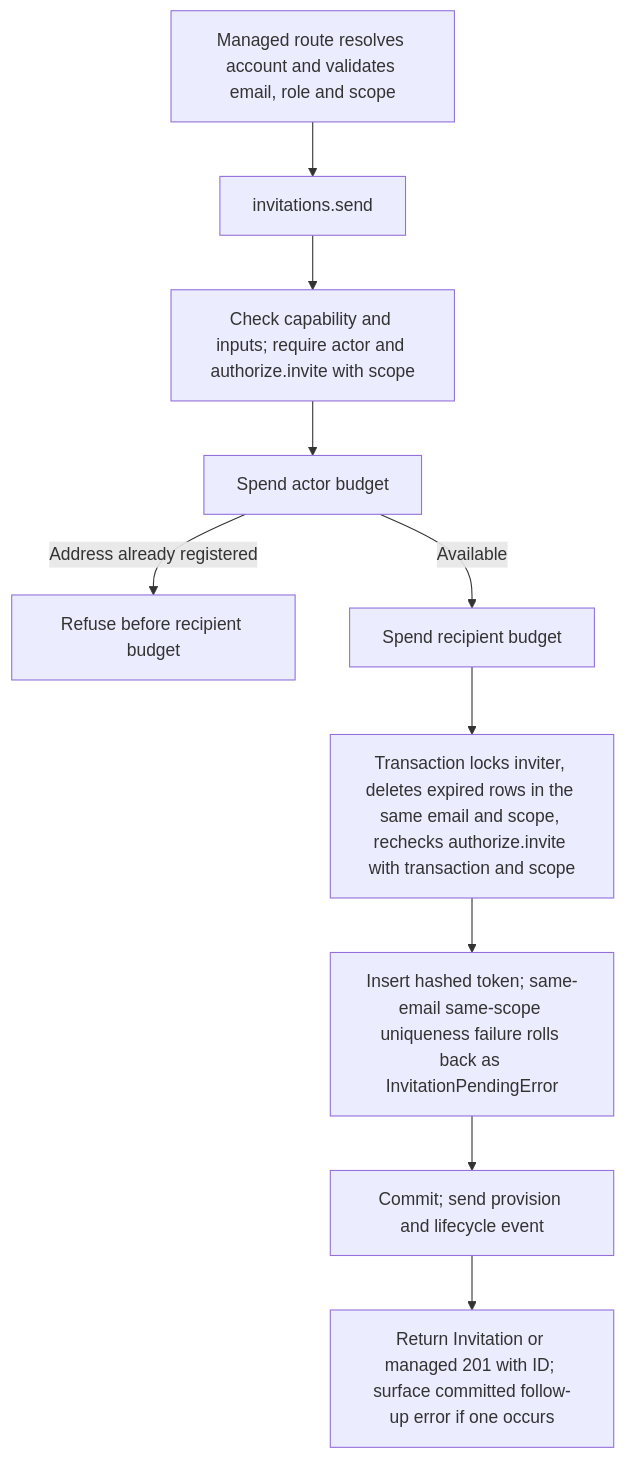
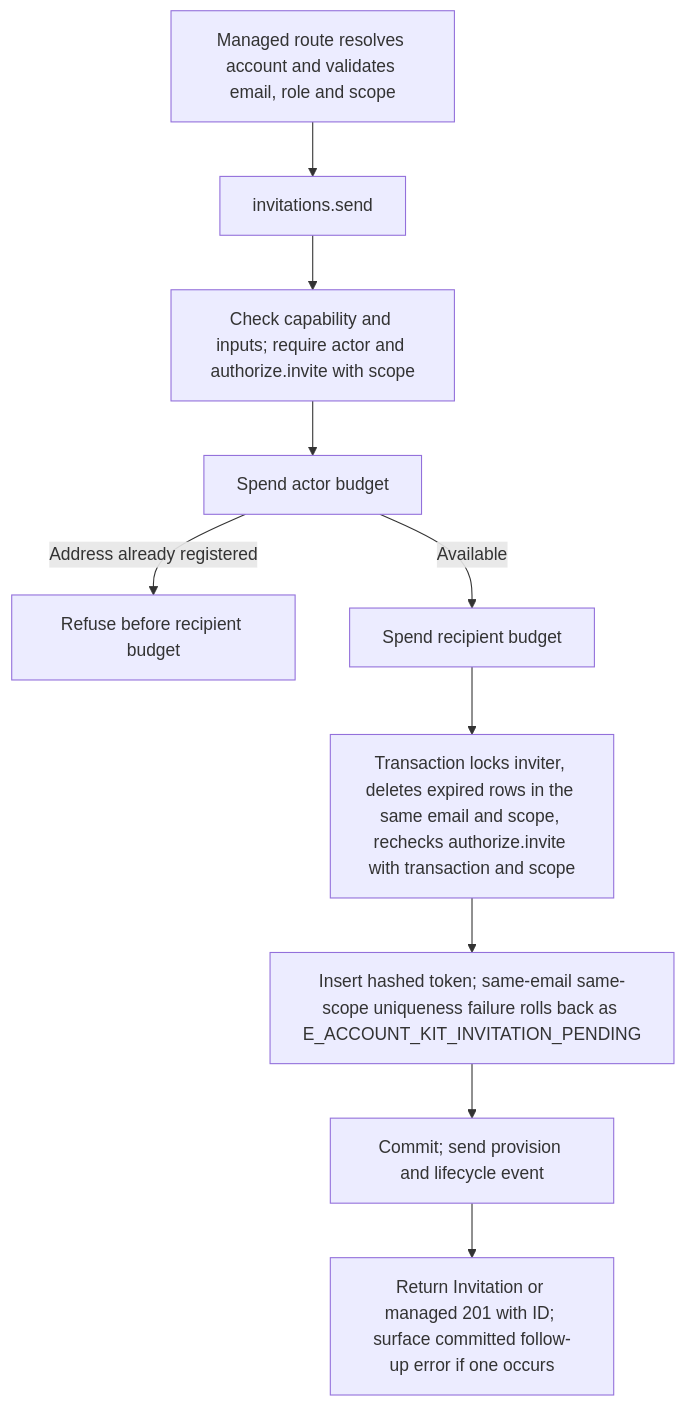
Before and after one commit to Kevinjohn/oss-adonisjs-account-kit: the second of 2 diagrams in user-stories/US-ACCOUNT-08-send-invitation.md, drawn with Mermaid. The commit also changed other lines of this file and 362 other files, not shown here.

````diff
--- a/user-stories/US-ACCOUNT-08-send-invitation.md
+++ b/user-stories/US-ACCOUNT-08-send-invitation.md
@@ -34,12 +34,12 @@
 ```mermaid
 flowchart TD
   M["Managed route resolves account and validates email, role and scope"] --> A["invitations.send"]
   A --> B["Check capability and inputs; require actor and authorize.invite with scope"]
   B --> C["Spend actor budget"]
   C -->|Address already registered| R["Refuse before recipient budget"]
   C -->|Available| D["Spend recipient budget"]
   D --> E["Transaction locks inviter, deletes expired rows in the same email and scope, rechecks authorize.invite with transaction and scope"]
-  E --> F["Insert hashed token; same-email same-scope uniqueness failure rolls back as InvitationPendingError"]
+  E --> F["Insert hashed token; same-email same-scope uniqueness failure rolls back as E_ACCOUNT_KIT_INVITATION_PENDING"]
   F --> G["Commit; send provision and lifecycle event"]
   G --> H["Return Invitation or managed 201 with ID; surface committed follow-up error if one occurs"]
 ```
````
